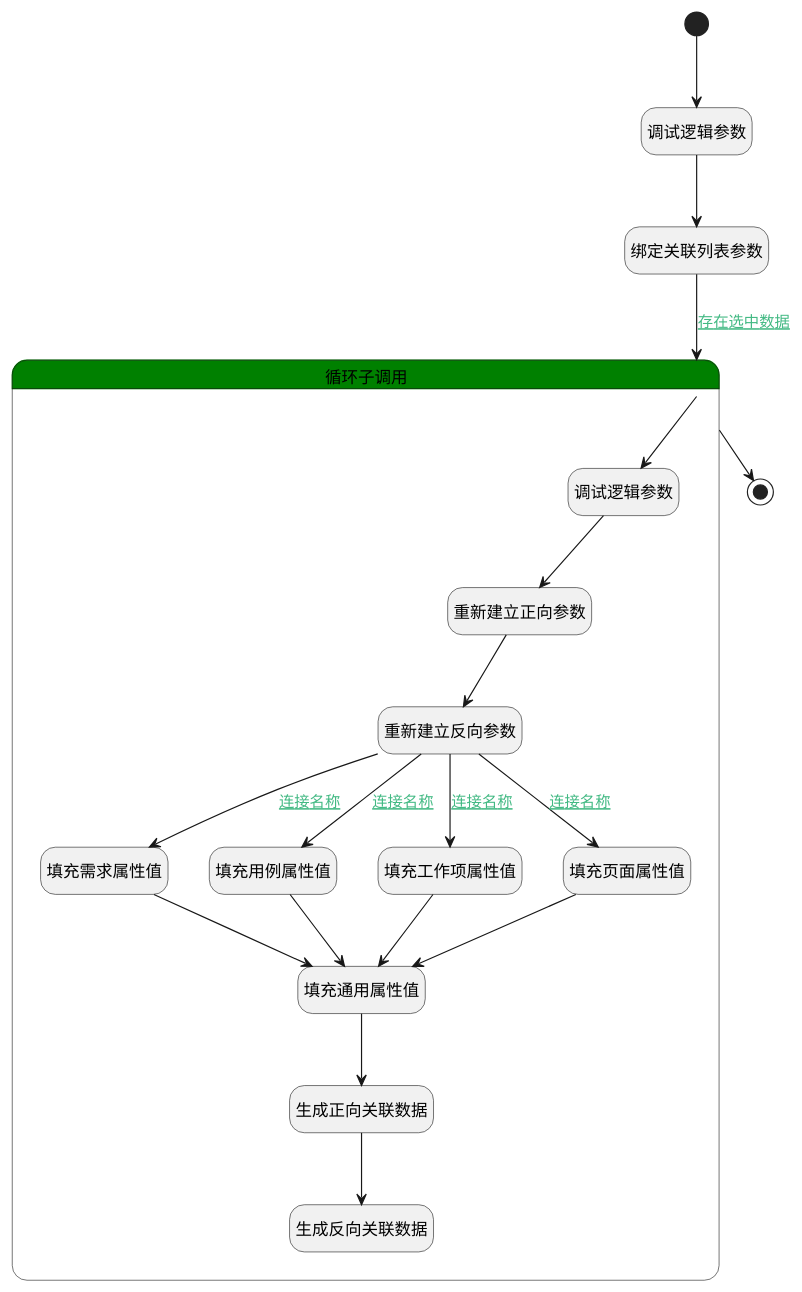
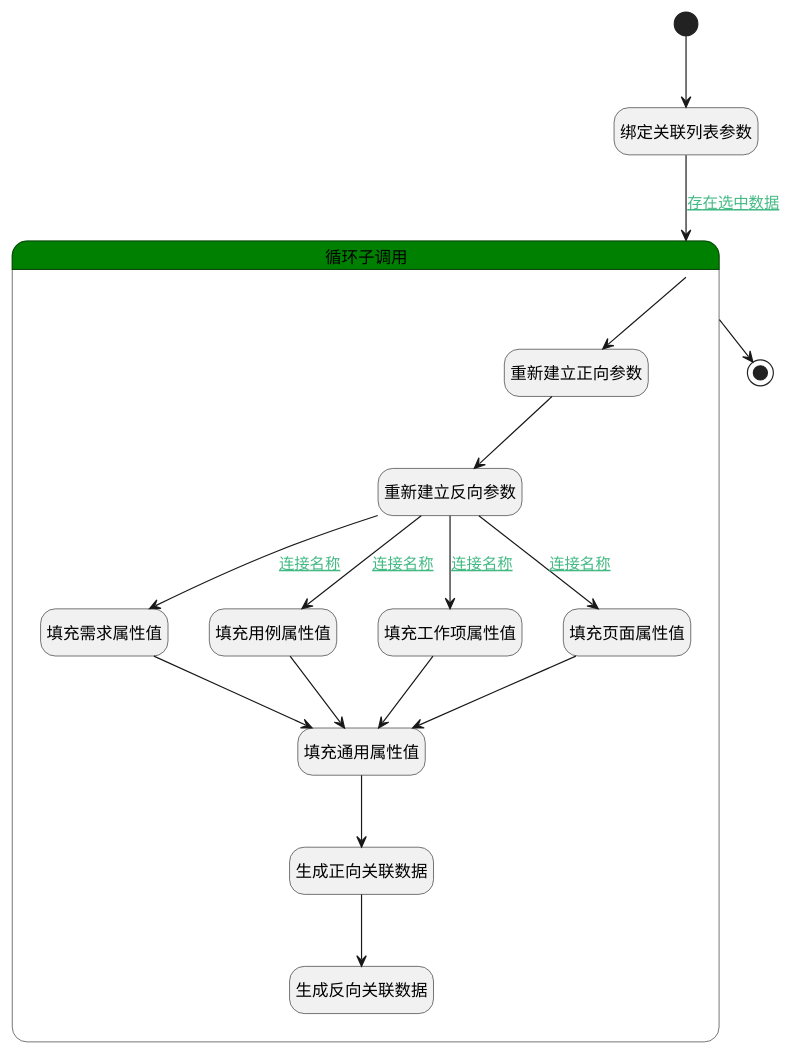
The diagram in doc/docsify/module/TestMgmt/review/logic/add_review_content.md (iBizLab/plm), drawn with PlantUML before and after one commit. The commit also changed other lines of this file and 1473 other files, not shown here.

````diff
--- a/doc/docsify/module/TestMgmt/review/logic/add_review_content.md
+++ b/doc/docsify/module/TestMgmt/review/logic/add_review_content.md
@@ -7,49 +7,45 @@
 ```plantuml
 @startuml
 hide empty description
 <style>
 root {
   HyperlinkColor #42b983
 }
 </style>
 
 hide empty description
 state "开始" as Begin <<start>> [[$./add_review_content#begin {"开始"}]]
-state "调试逻辑参数" as DEBUGPARAM2  [[$./add_review_content#debugparam2 {"调试逻辑参数"}]]
 state "绑定关联列表参数" as BINDPARAM1  [[$./add_review_content#bindparam1 {"绑定关联列表参数"}]]
 state "结束" as END1 <<end>> [[$./add_review_content#end1 {"结束"}]]
 state "循环子调用" as LOOPSUBCALL1  [[$./add_review_content#loopsubcall1 {"循环子调用"}]] #green {
-state "调试逻辑参数" as DEBUGPARAM1  [[$./add_review_content#debugparam1 {"调试逻辑参数"}]]
 state "重新建立正向参数" as RENEWPARAM1  [[$./add_review_content#renewparam1 {"重新建立正向参数"}]]
 state "重新建立反向参数" as RENEWPARAM2  [[$./add_review_content#renewparam2 {"重新建立反向参数"}]]
 state "填充需求属性值" as PREPAREPARAM2  [[$./add_review_content#prepareparam2 {"填充需求属性值"}]]
 state "填充用例属性值" as PREPAREPARAM3  [[$./add_review_content#prepareparam3 {"填充用例属性值"}]]
 state "填充工作项属性值" as PREPAREPARAM4  [[$./add_review_content#prepareparam4 {"填充工作项属性值"}]]
 state "填充页面属性值" as PREPAREPARAM5  [[$./add_review_content#prepareparam5 {"填充页面属性值"}]]
 state "填充通用属性值" as PREPAREPARAM1  [[$./add_review_content#prepareparam1 {"填充通用属性值"}]]
 state "生成正向关联数据" as DEACTION1  [[$./add_review_content#deaction1 {"生成正向关联数据"}]]
 state "生成反向关联数据" as DEACTION2  [[$./add_review_content#deaction2 {"生成反向关联数据"}]]
 }
 
 
-Begin --> DEBUGPARAM2
-DEBUGPARAM2 --> BINDPARAM1
+Begin --> BINDPARAM1
 BINDPARAM1 --> LOOPSUBCALL1 : [[$./add_review_content#bindparam1-loopsubcall1{存在选中数据} 存在选中数据]]
-LOOPSUBCALL1 --> DEBUGPARAM1
-DEBUGPARAM1 --> RENEWPARAM1
+LOOPSUBCALL1 --> RENEWPARAM1
 RENEWPARAM1 --> RENEWPARAM2
 RENEWPARAM2 --> PREPAREPARAM2 : [[$./add_review_content#renewparam2-prepareparam2{连接名称} 连接名称]]
 PREPAREPARAM2 --> PREPAREPARAM1
 PREPAREPARAM1 --> DEACTION1
 DEACTION1 --> DEACTION2
 RENEWPARAM2 --> PREPAREPARAM3 : [[$./add_review_content#renewparam2-prepareparam3{连接名称} 连接名称]]
 PREPAREPARAM3 --> PREPAREPARAM1
 RENEWPARAM2 --> PREPAREPARAM4 : [[$./add_review_content#renewparam2-prepareparam4{连接名称} 连接名称]]
 PREPAREPARAM4 --> PREPAREPARAM1
 RENEWPARAM2 --> PREPAREPARAM5 : [[$./add_review_content#renewparam2-prepareparam5{连接名称} 连接名称]]
 PREPAREPARAM5 --> PREPAREPARAM1
 LOOPSUBCALL1 --> END1
 
 
 @enduml
 ```
````
